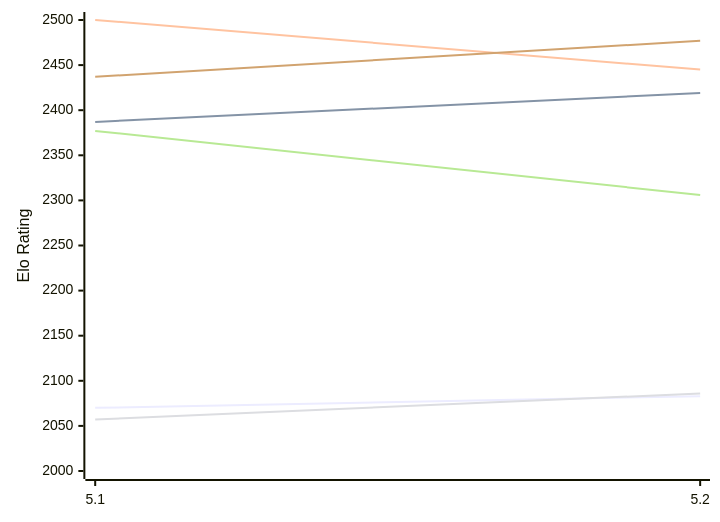
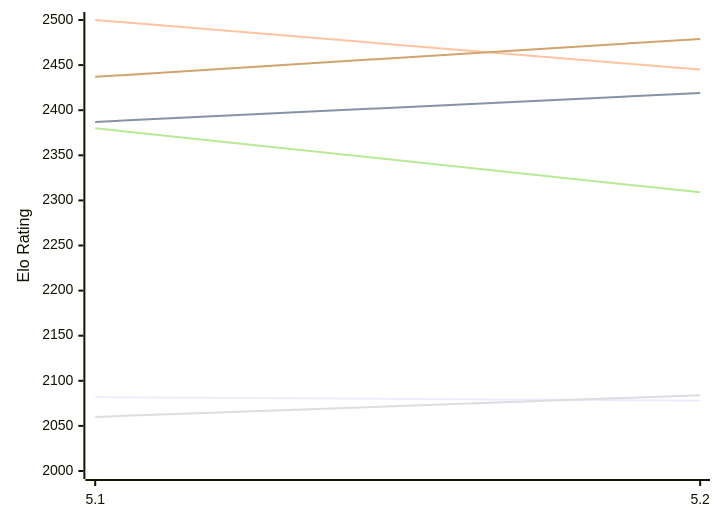
The first of 2 diagrams in engines/Prophet.md (computer-chess-index/cci), drawn with Mermaid before and after one commit. The commit also changed other lines of this file, not shown here.

Commit message:
Update CCI Ratings (ELO VLTC) - 2026-11-28

````diff
--- a/engines/Prophet.md
+++ b/engines/Prophet.md
@@ -50,12 +50,12 @@
 ```mermaid
 %%{init: {"theme":"base","themeVariables":{"seriesColors:['#a3a3a3','#222221','#faa371']}}}%%
 xychart-beta
   x-axis ["5.1", "5.2"]
   y-axis "Elo Rating" 2000 --> 2500
-  line "E1: STC (8.0+0.08s)" [2070, 2083]
+  line "E1: STC (8.0+0.08s)" [2082, 2078]
   line "E1: LTC (60.0+0.60s)" [2387, 2419]
   line "E1: VLTC (2m24s+1.12s)" [2500, 2445]
-  line "P1: STC (8.0+0.08s)" [2057, 2086]
-  line "P1: LTC (60.0+0.60s)" [2377, 2306]
-  line "P1: VLTC (2m24s+1.12s)" [2437, 2477]
+  line "P1: STC (8.0+0.08s)" [2060, 2084]
+  line "P1: LTC (60.0+0.60s)" [2380, 2309]
+  line "P1: VLTC (2m24s+1.12s)" [2437, 2479]
 ```
````
